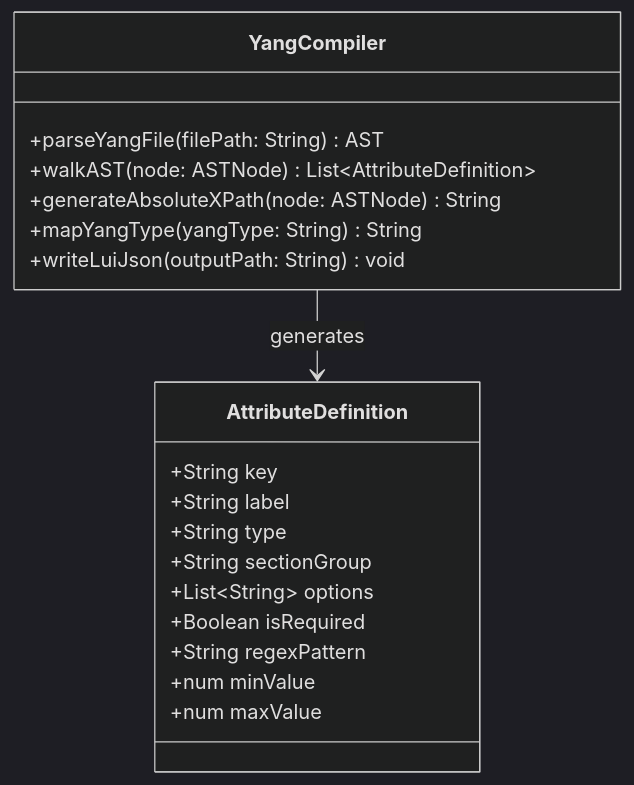
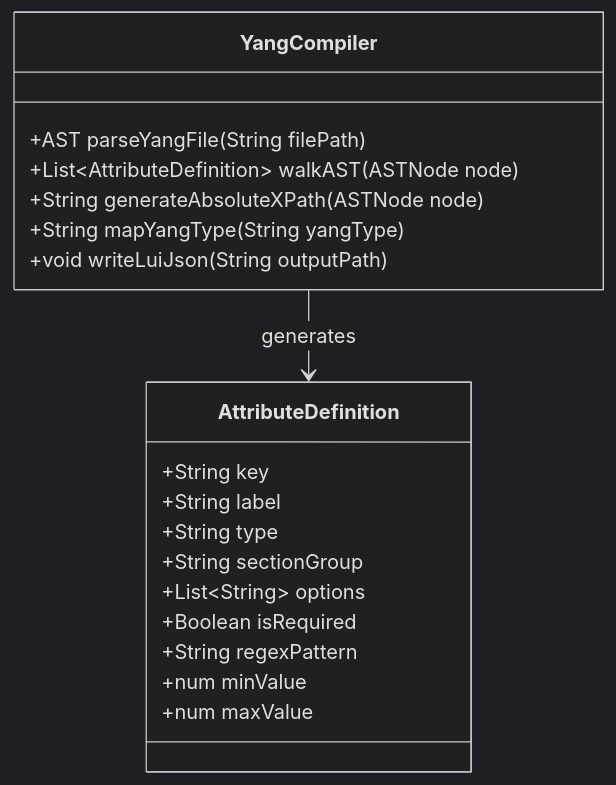
Before and after one commit to gintatkinson/digital-pipeline-repo: the diagram in docs/features/feat-12-yang-compiler.md, drawn with Mermaid (dark theme). The commit also changed 16 other files, not shown here.

Commit message:
feat: implement fix_mermaid_colons.py and repair existing Mermaid class diagrams

````diff
--- a/docs/features/feat-12-yang-compiler.md
+++ b/docs/features/feat-12-yang-compiler.md
@@ -19,22 +19,22 @@
 ```mermaid
 classDiagram
     class YangCompiler {
-        +parseYangFile(filePath: String) AST
-        +walkAST(node: ASTNode) List~AttributeDefinition~
-        +generateAbsoluteXPath(node: ASTNode) String
-        +mapYangType(yangType: String) String
-        +writeLuiJson(outputPath: String) void
+        +AST parseYangFile(String filePath)
+        +List~AttributeDefinition~ walkAST(ASTNode node)
+        +String generateAbsoluteXPath(ASTNode node)
+        +String mapYangType(String yangType)
+        +void writeLuiJson(String outputPath)
     }
     class AttributeDefinition {
         +String key
         +String label
         +String type
         +String sectionGroup
         +List~String~ options
         +Boolean isRequired
         +String regexPattern
         +num minValue
         +num maxValue
     }
     YangCompiler --> AttributeDefinition : generates
 ```
````
